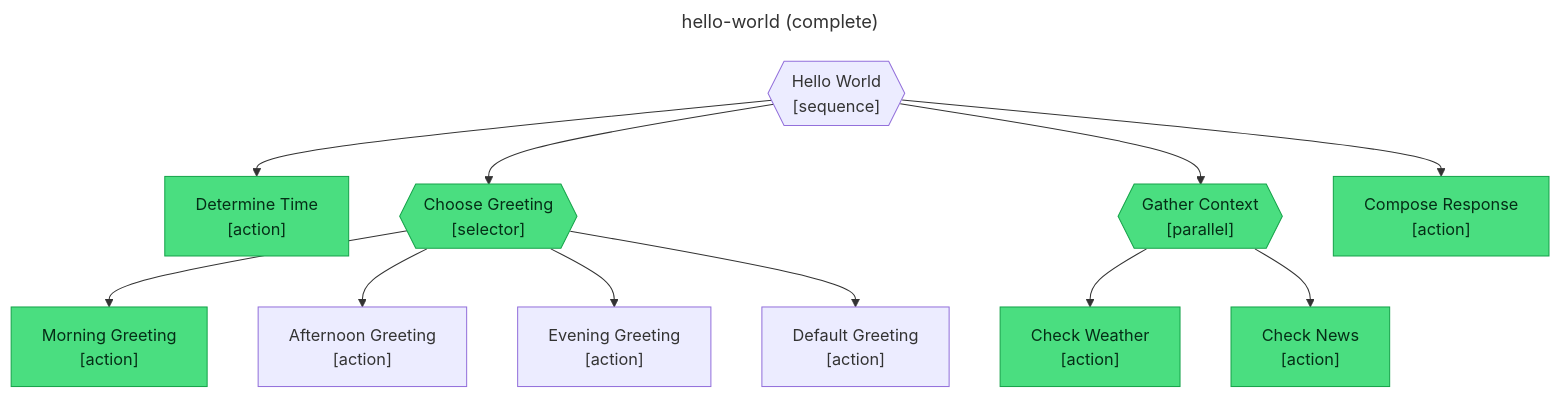
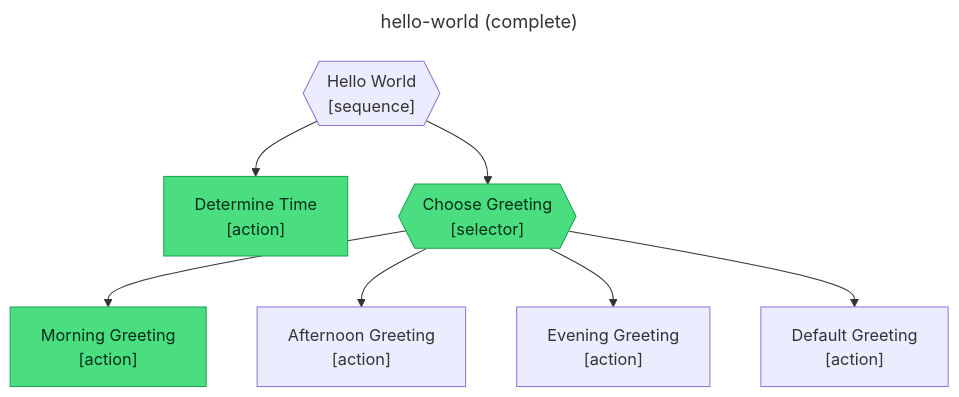
The diagram in README.md (flying-dice/abtree), drawn with Mermaid before and after one commit. The commit also changed other lines of this file and 57 other files, not shown here.

````diff
--- a/README.md
+++ b/README.md
@@ -146,34 +113,22 @@
 ```mermaid
 ---
 title: "hello-world (complete)"
 ---
 flowchart TD
     Hello_World{{"Hello World\n[sequence]"}}
     0_Determine_Time["Determine Time\n[action]"]
     Hello_World --> 0_Determine_Time
     style 0_Determine_Time fill:#4ade80,stroke:#16a34a,color:#052e16
     0_Choose_Greeting{{"Choose Greeting\n[selector]"}}
     Hello_World --> 0_Choose_Greeting
     style 0_Choose_Greeting fill:#4ade80,stroke:#16a34a,color:#052e16
     0_1_Morning_Greeting["Morning Greeting\n[action]"]
     0_Choose_Greeting --> 0_1_Morning_Greeting
     style 0_1_Morning_Greeting fill:#4ade80,stroke:#16a34a,color:#052e16
     0_1_Afternoon_Greeting["Afternoon Greeting\n[action]"]
     0_Choose_Greeting --> 0_1_Afternoon_Greeting
     0_1_Evening_Greeting["Evening Greeting\n[action]"]
     0_Choose_Greeting --> 0_1_Evening_Greeting
     0_1_Default_Greeting["Default Greeting\n[action]"]
     0_Choose_Greeting --> 0_1_Default_Greeting
-    0_Gather_Context{{"Gather Context\n[parallel]"}}
-    Hello_World --> 0_Gather_Context
-    style 0_Gather_Context fill:#4ade80,stroke:#16a34a,color:#052e16
-    0_2_Check_Weather["Check Weather\n[action]"]
-    0_Gather_Context --> 0_2_Check_Weather
-    style 0_2_Check_Weather fill:#4ade80,stroke:#16a34a,color:#052e16
-    0_2_Check_News["Check News\n[action]"]
-    0_Gather_Context --> 0_2_Check_News
-    style 0_2_Check_News fill:#4ade80,stroke:#16a34a,color:#052e16
-    0_Compose_Response["Compose Response\n[action]"]
-    Hello_World --> 0_Compose_Response
-    style 0_Compose_Response fill:#4ade80,stroke:#16a34a,color:#052e16
 ```
````
